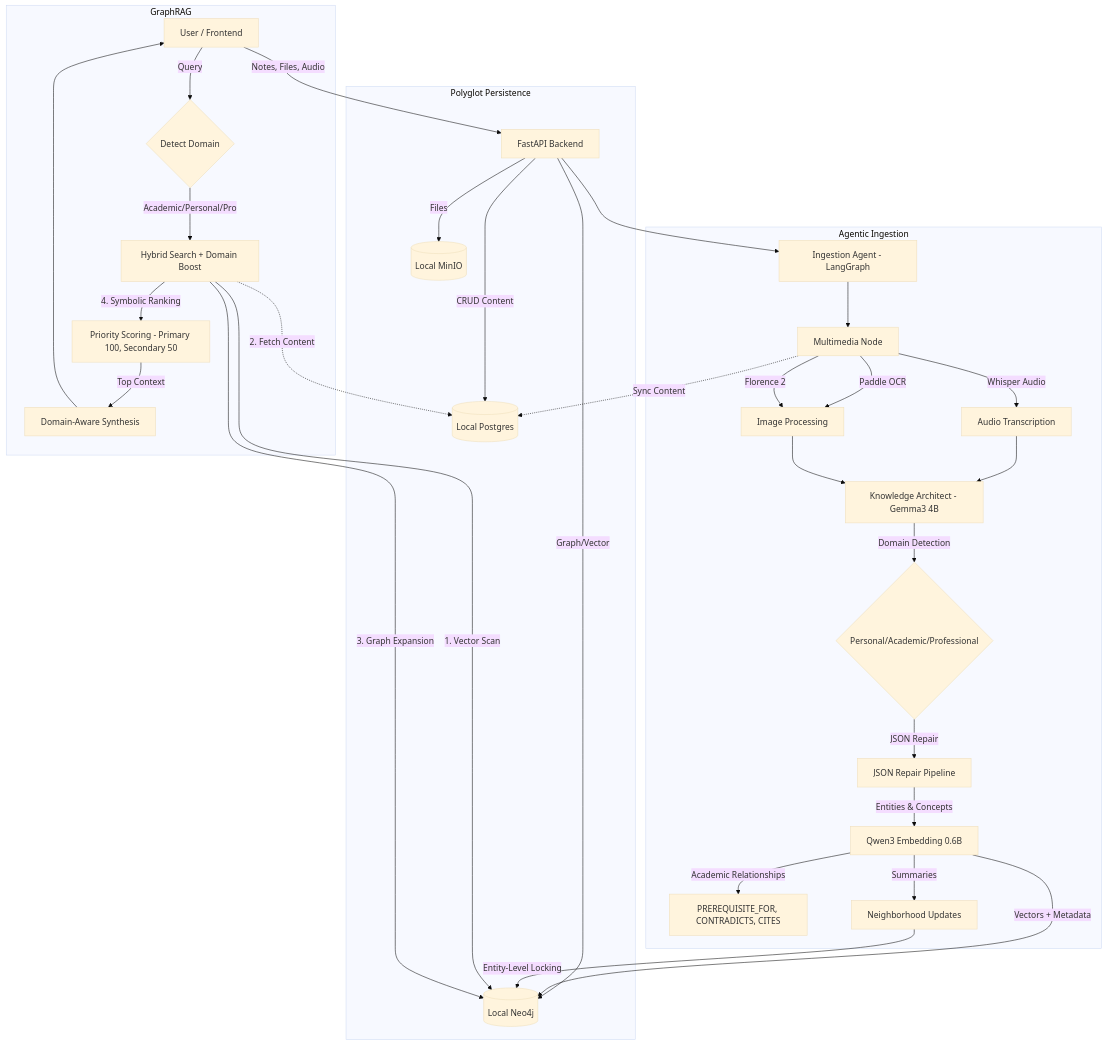
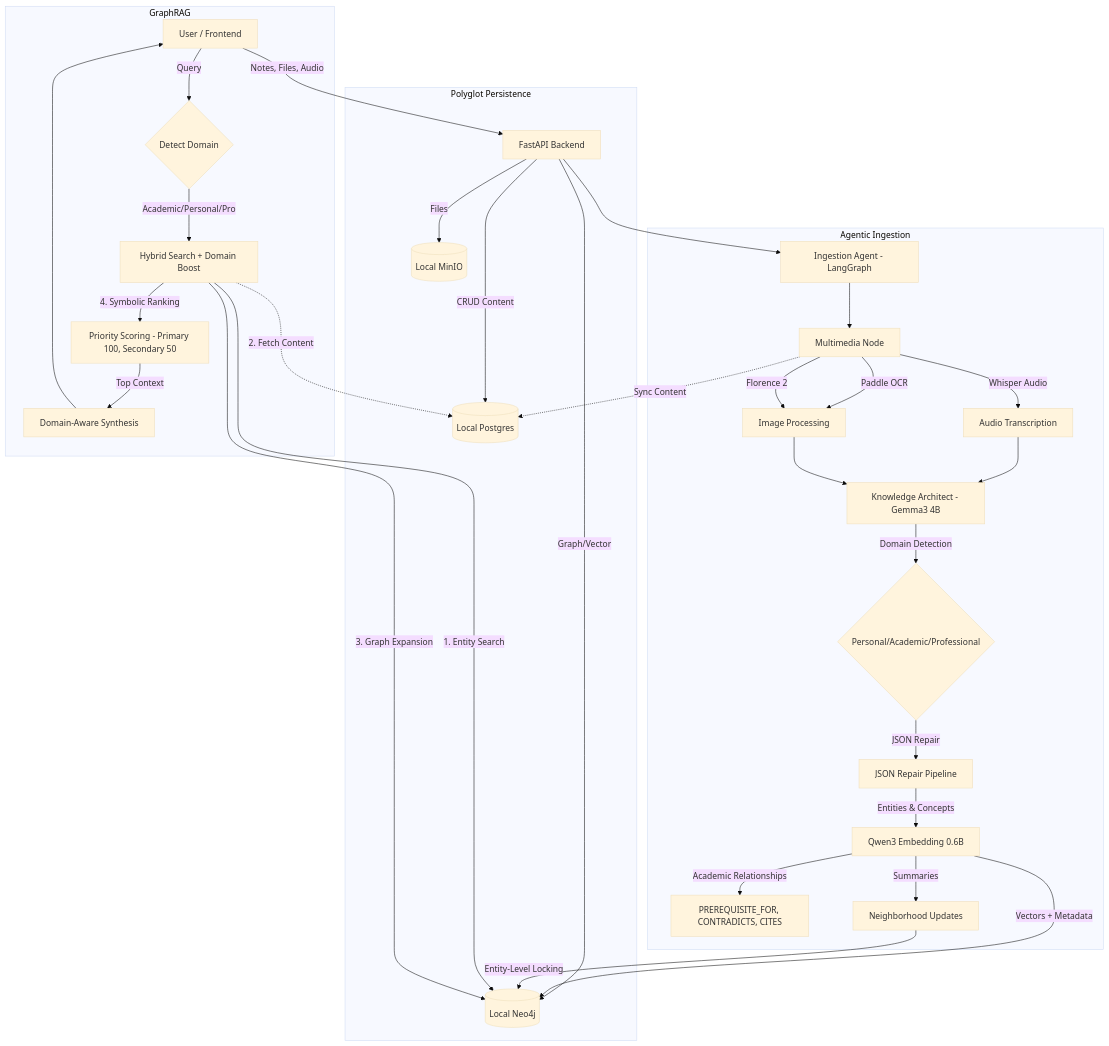
The diagram in README.md (josetseph/LiveOS), drawn with Mermaid (base theme) before and after one commit. The commit also changed other lines of this file and 110 other files, not shown here.

````diff
--- a/README.md
+++ b/README.md
@@ -33,41 +35,41 @@
 ```mermaid
 graph TD
     User[User / Frontend]
     User -->|Notes, Files, Audio| API[FastAPI Backend]
     
     subgraph Storage [Polyglot Persistence]
         API -->|CRUD Content| Postgres[(Local Postgres)]
         API -->|Graph/Vector| Neo4j[(Local Neo4j)]
         API -->|Files| MinIO[(Local MinIO)]
     end
 
     subgraph Ingestion Pipeline [Agentic Ingestion]
         API --> Workflow[Ingestion Agent - LangGraph]
         Workflow --> Multimedia[Multimedia Node]
         Multimedia -->|Whisper Audio| Transcribe[Audio Transcription]
         Multimedia -->|Paddle OCR| OCR[PDF]
         Multimedia -->|Florence 2| OCR[Image Processing]
         Multimedia -.->|Sync Content| Postgres
         
         Transcribe --> Extractor[Knowledge Architect - Gemma3 4B]
         OCR --> Extractor
         Extractor -->|Domain Detection| DomainClassifier{Personal/Academic/Professional}
         DomainClassifier -->|JSON Repair| Cleaner[JSON Repair Pipeline]
         Cleaner -->|Entities & Concepts| Embedder[Qwen3 Embedding 0.6B]
         Embedder -->|Vectors + Metadata| Neo4j
         Embedder -->|Academic Relationships| AcademicGraph[PREREQUISITE_FOR, CONTRADICTS, CITES]
         Embedder -->|Summaries| Summarizer[Neighborhood Updates]
         Summarizer -->|Entity-Level Locking| Neo4j
     end
     
     subgraph Retrieval Pipeline [GraphRAG]
         User -->|Query| QueryClassifier{Detect Domain}
         QueryClassifier -->|Academic/Personal/Pro| Search[Hybrid Search + Domain Boost]
-        Search -->|1. Vector Scan| Neo4j
+        Search -->|1. Entity Search| Neo4j
         Search -.->|2. Fetch Content| Postgres
         Search -->|3. Graph Expansion| Neo4j
         Search -->|4. Symbolic Ranking| Ranker[Priority Scoring - Primary 100, Secondary 50]
         Ranker -->|Top Context| Synthesis[Domain-Aware Synthesis]
         Synthesis --> User
     end
 ```
````
